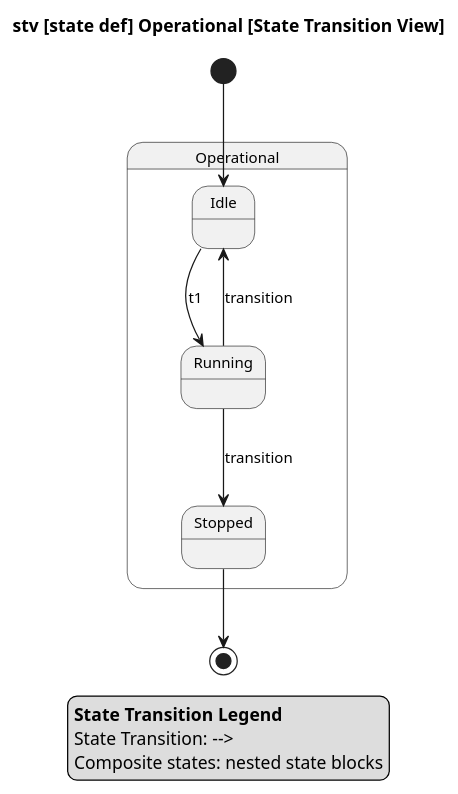
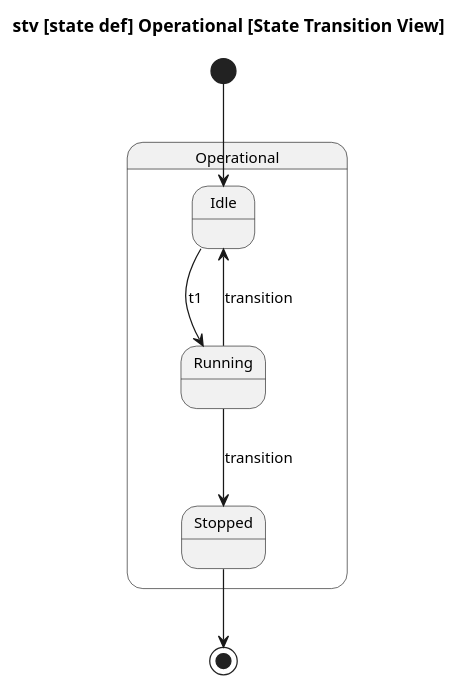
Before and after one commit to mycr0ft/sysml2py: the diagram in docs/plantuml-examples/11-state-transition-view.puml, drawn with PlantUML. The commit also changed 25 other files, not shown here.

```diff
--- a/docs/plantuml-examples/11-state-transition-view.puml
+++ b/docs/plantuml-examples/11-state-transition-view.puml
@@ -1,35 +1,29 @@
 @startuml
 
 skinparam monochrome true
 skinparam wrapWidth 300
 skinparam defaultFontSize 12
 skinparam defaultFontName Helvetica
 
 top to bottom direction
 
 title stv [state def] Operational [State Transition View]
 
 hide circle
 
 state "Operational" as E1 {
   state "Idle" as E2
   state "Running" as E3
   state "Stopped" as E4
 }
 
 [*] --> E2
 
 
 E2 --> E3 : t1
 E3 --> E2 : transition
 E3 --> E4 : transition
 
 E4 --> [*]
 
-legend right
-  <b>State Transition Legend</b>
-  State Transition: -->
-  Composite states: nested state blocks
-endlegend
-
 @enduml
```
